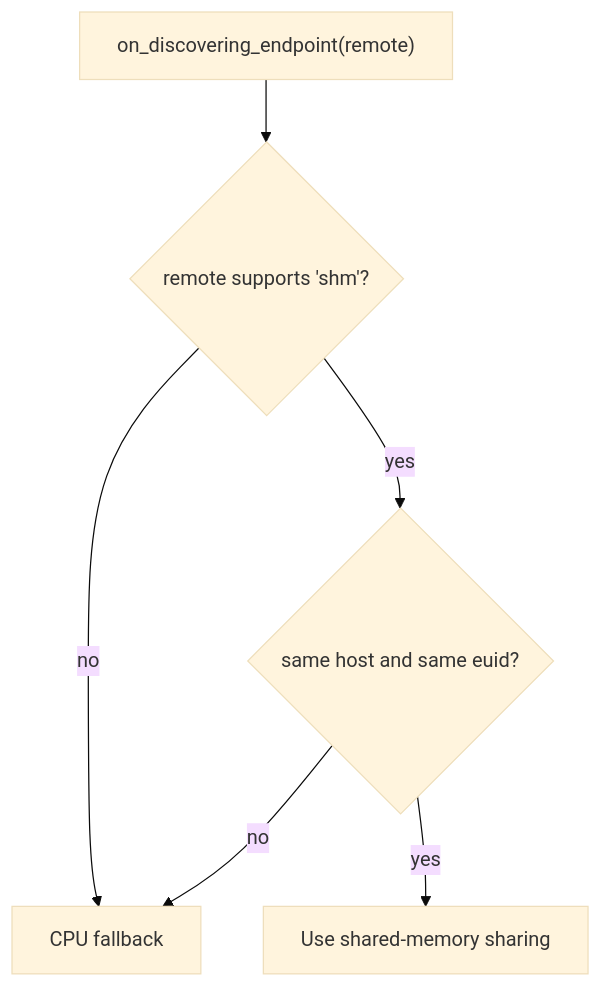
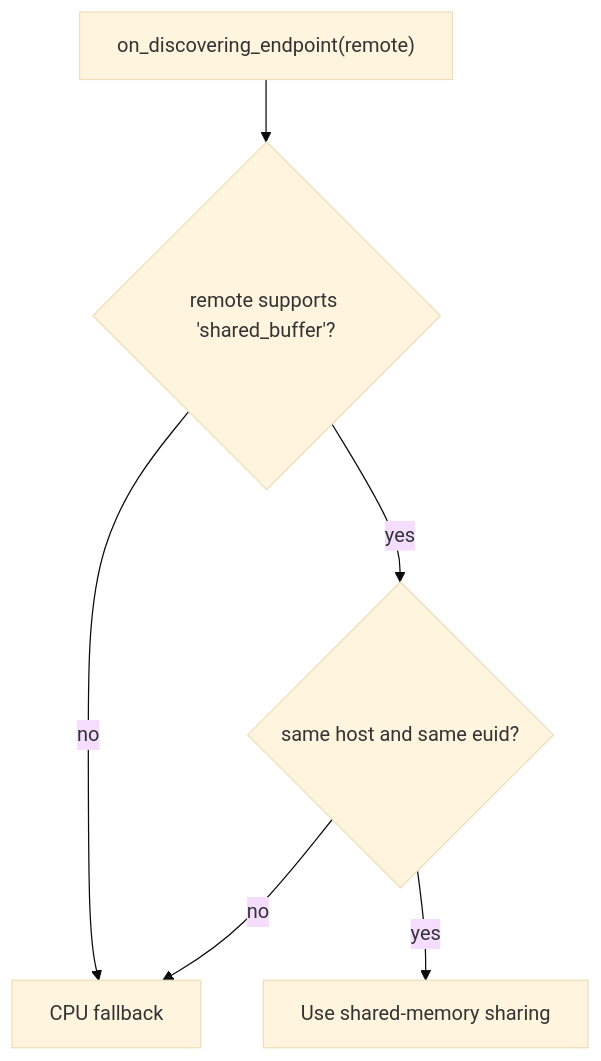
One commit to dskkato/memfd_buffer_backend changed the third of 5 diagrams in docs/shared_buffer_backend_design.md. Above: the diagram before and after it, drawn with Mermaid (base theme). The commit also changed other lines of this file and 8 other files, not shown here.

Commit message:
Use shared_buffer as the backend identifier

````diff
--- a/docs/shared_buffer_backend_design.md
+++ b/docs/shared_buffer_backend_design.md
@@ -117,8 +117,8 @@
 ```mermaid
 flowchart TB
-  Discover["on_discovering_endpoint(remote)"] --> A{"remote supports 'shm'?"}
+  Discover["on_discovering_endpoint(remote)"] --> A{"remote supports 'shared_buffer'?"}
   A -->|no| Fallback[CPU fallback]
   A -->|yes| B{"same host and same euid?"}
   B -->|yes| Use[Use shared-memory sharing]
   B -->|no| Fallback[CPU fallback]
 ```
````
